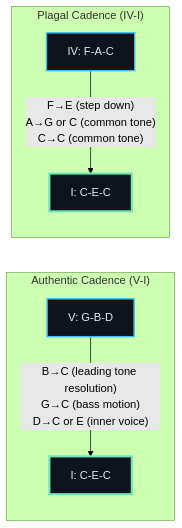
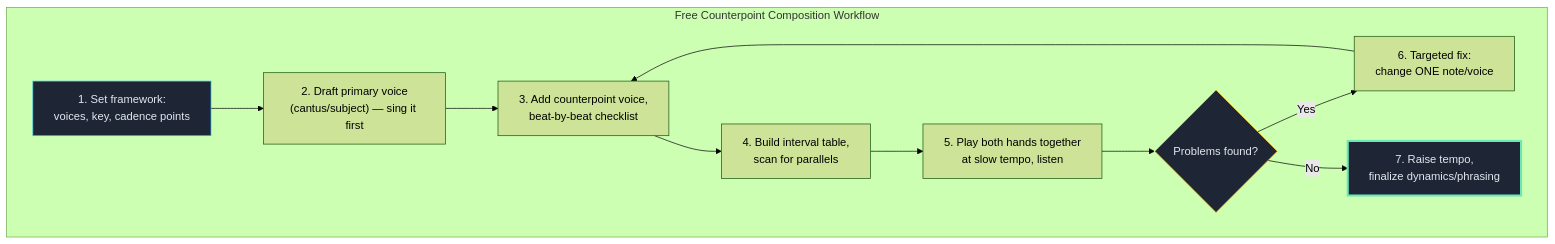
One commit to blebleblee/synapse changed the second of 3 diagrams in topics/arts/composition/counterpoint/lesson_03_free_counterpoint.md. Above: the diagram before and after it, drawn with Mermaid (forest theme). The commit also changed other lines of this file and 4 other files, not shown here.

````diff
--- a/topics/arts/composition/counterpoint/lesson_03_free_counterpoint.md
+++ b/topics/arts/composition/counterpoint/lesson_03_free_counterpoint.md
@@ -139,15 +166,16 @@
 ```mermaid
-graph LR
-    subgraph sub_authentic_cadence ["Authentic Cadence (V-I)"]
-        A["V: G-B-D"] -->|"B→C (leading tone resolution)<br/>G→C (bass motion)<br/>D→C or E (inner voice)"| B["I: C-E-C"]
+graph TD
+    subgraph workflow ["Free Counterpoint Composition Workflow"]
+        A["1. Set framework:<br/>voices, key, cadence points"] --> B["2. Draft primary voice<br/>(cantus/subject) — sing it first"]
+        B --> C["3. Add counterpoint voice,<br/>beat-by-beat checklist"]
+        C --> D["4. Build interval table,<br/>scan for parallels"]
+        D --> E["5. Play both hands together<br/>at slow tempo, listen"]
+        E --> F{"Problems found?"}
+        F -->|"Yes"| G["6. Targeted fix:<br/>change ONE note/voice"]
+        G --> C
+        F -->|"No"| H["7. Raise tempo,<br/>finalize dynamics/phrasing"]
     end
-    
-    subgraph sub_plagal_cadence ["Plagal Cadence (IV-I)"]
-        C["IV: F-A-C"] -->|"F→E (step down)<br/>A→G or C (common tone)<br/>C→C (common tone)"| D["I: C-E-C"]
-    end
-    
-    style A fill:#0F131C,stroke:#38BDF8,stroke-width:2px,color:#E2E8F0
-    style B fill:#0F131C,stroke:#6EE7B7,stroke-width:3px,color:#E2E8F0
-    style C fill:#0F131C,stroke:#38BDF8,stroke-width:2px,color:#E2E8F0
-    style D fill:#0F131C,stroke:#6EE7B7,stroke-width:3px,color:#E2E8F0
+    style A fill:#1E2636,stroke:#38BDF8,color:#E2E8F0
+    style H fill:#1E2636,stroke:#6EE7B7,stroke-width:3px,color:#E2E8F0
+    style F fill:#1E2636,stroke:#FBBF24,color:#E2E8F0
 ```
````
